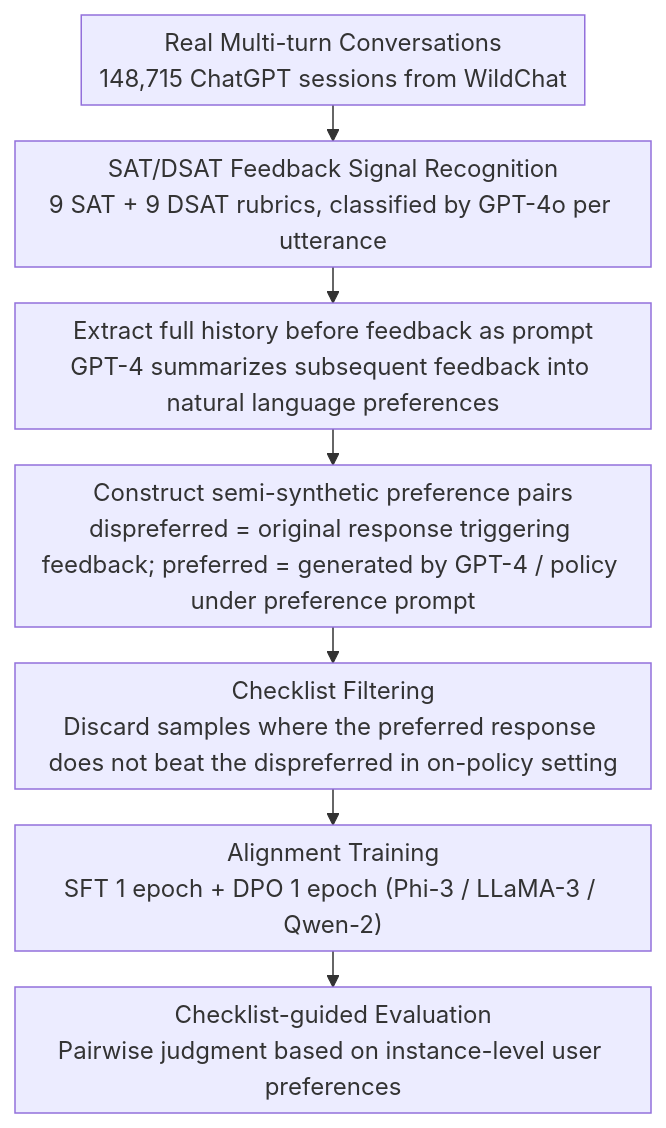
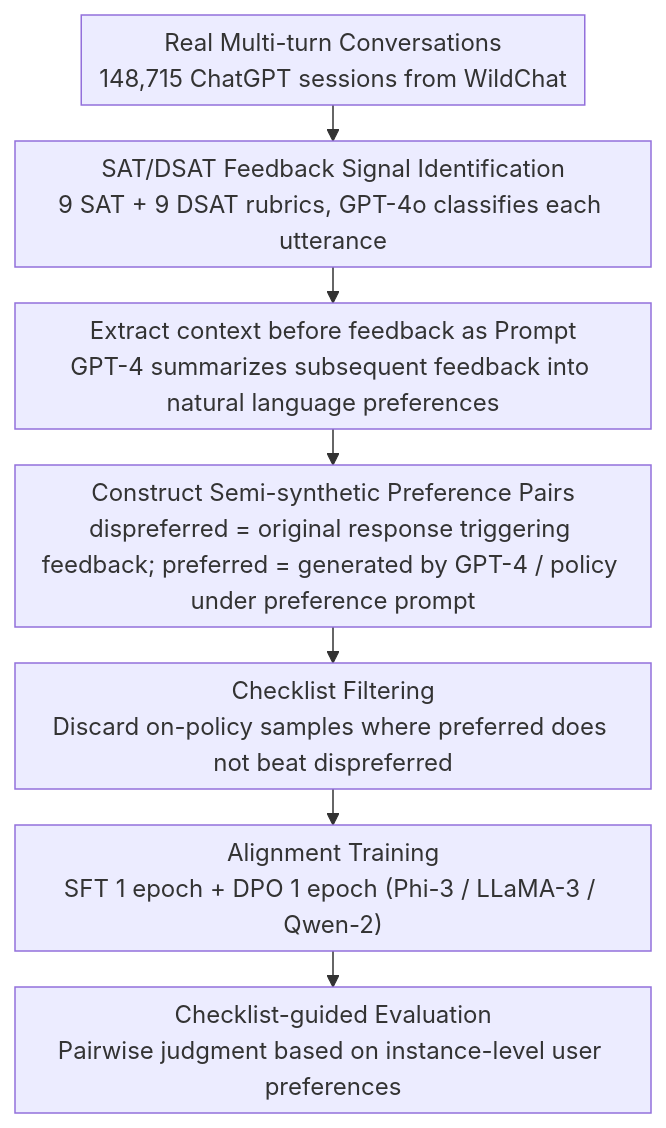
One commit to zhaoyang97/Paper-Notes-en changed the diagram in docs/ACL2026/llm_alignment/wildfeedback_aligning_llms_with_in-situ_user_interactions_and_feedback.md. Above: the diagram before and after it, drawn with Mermaid. The commit also changed other lines of this file and 5084 other files, not shown here.

````diff
--- a/docs/ACL2026/llm_alignment/wildfeedback_aligning_llms_with_in-situ_user_interactions_and_feedback.md
+++ b/docs/ACL2026/llm_alignment/wildfeedback_aligning_llms_with_in-situ_user_interactions_and_feedback.md
@@ -46,10 +46,10 @@
 ```mermaid
 %%{init: {'flowchart': {'rankSpacing': 24, 'nodeSpacing': 28, 'padding': 6, 'wrappingWidth': 400}}}%%
 flowchart TD
-    A["Real Multi-turn Conversations<br/>148,715 ChatGPT sessions from WildChat"] --> B["SAT/DSAT Feedback Signal Recognition<br/>9 SAT + 9 DSAT rubrics, classified by GPT-4o per utterance"]
-    B --> C["Extract full history before feedback as prompt<br/>GPT-4 summarizes subsequent feedback into natural language preferences"]
-    C --> D["Construct semi-synthetic preference pairs<br/>dispreferred = original response triggering feedback; preferred = generated by GPT-4 / policy under preference prompt"]
-    D --> E["Checklist Filtering<br/>Discard samples where the preferred response does not beat the dispreferred in on-policy setting"]
+    A["Real Multi-turn Conversations<br/>148,715 ChatGPT sessions from WildChat"] --> B["SAT/DSAT Feedback Signal Identification<br/>9 SAT + 9 DSAT rubrics, GPT-4o classifies each utterance"]
+    B --> C["Extract context before feedback as Prompt<br/>GPT-4 summarizes subsequent feedback into natural language preferences"]
+    C --> D["Construct Semi-synthetic Preference Pairs<br/>dispreferred = original response triggering feedback; preferred = generated by GPT-4 / policy under preference prompt"]
+    D --> E["Checklist Filtering<br/>Discard on-policy samples where preferred does not beat dispreferred"]
     E --> F["Alignment Training<br/>SFT 1 epoch + DPO 1 epoch (Phi-3 / LLaMA-3 / Qwen-2)"]
     F --> G["Checklist-guided Evaluation<br/>Pairwise judgment based on instance-level user preferences"]
 ```
````
